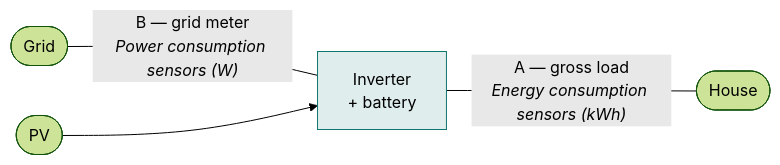
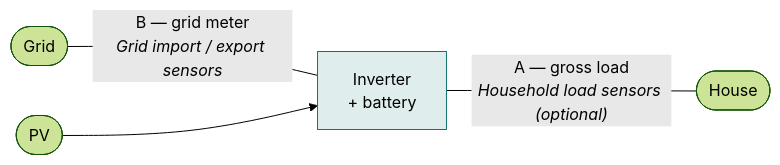
Before and after one commit to bvweerd/battery_controller: the diagram in docs/faq.md, drawn with Mermaid (forest theme). The commit also changed other lines of this file and 15 other files, not shown here.

````diff
--- a/docs/faq.md
+++ b/docs/faq.md
@@ -114,8 +125,8 @@
 ```mermaid
 flowchart LR
-    GRID(["Grid"]) ---|"B — grid meter<br/><i>Power consumption sensors (W)</i>"| INV
+    GRID(["Grid"]) ---|"B — grid meter<br/><i>Grid import / export sensors</i>"| INV
     PV(["PV"]) --> INV
-    INV["Inverter<br/>+ battery"] ---|"A — gross load<br/><i>Energy consumption sensors (kWh)</i>"| HOUSE(["House"])
+    INV["Inverter<br/>+ battery"] ---|"A — gross load<br/><i>Household load sensors (optional)</i>"| HOUSE(["House"])
 
     style INV fill:#0f766e22,stroke:#0f766e
 ```
````
